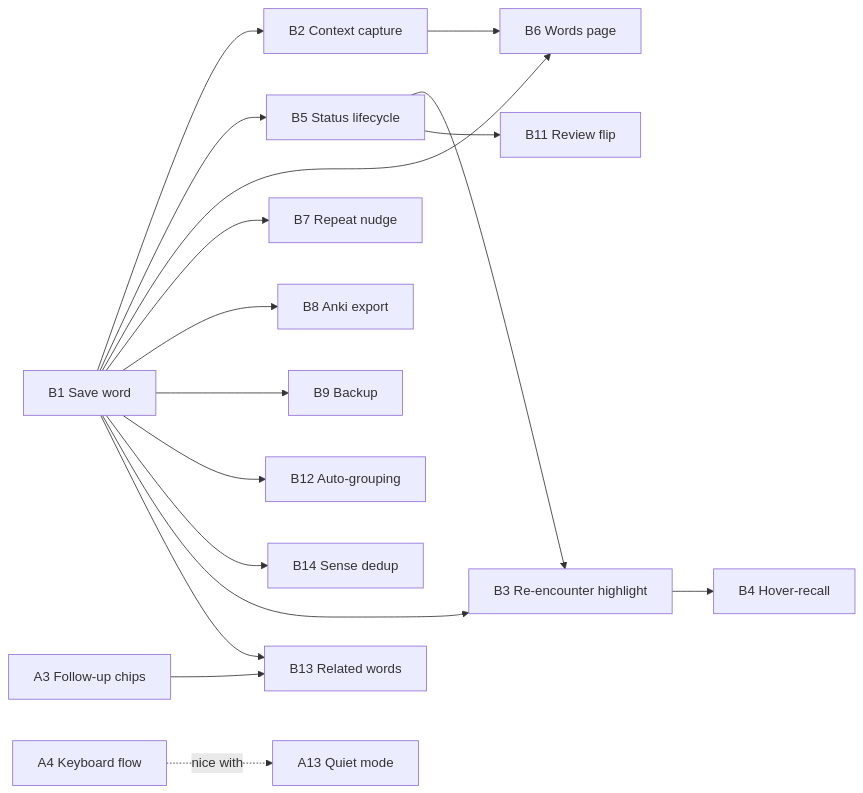
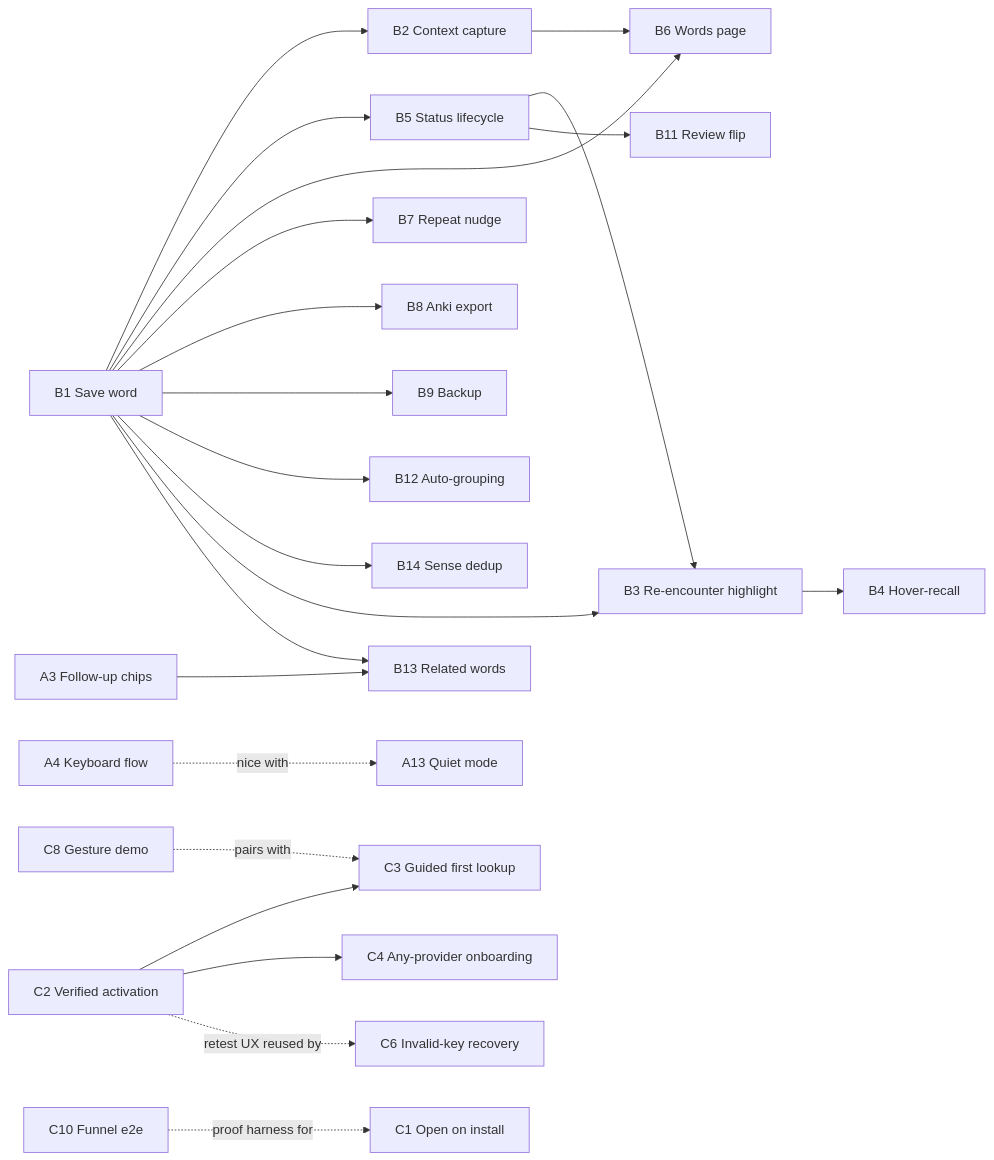
One commit to hieplam/ai-dict changed the diagram in docs/ROADMAP.md. Above: the diagram before and after it, drawn with Mermaid. The commit also changed other lines of this file, not shown here.

Commit message:
[onboarding-category-c] docs: Add Category C onboarding & activation ideas (C1-C10)

````diff
--- a/docs/ROADMAP.md
+++ b/docs/ROADMAP.md
@@ -581,19 +767,24 @@
 ```mermaid
 graph LR
     B1[B1 Save word] --> B2[B2 Context capture]
     B1 --> B5[B5 Status lifecycle]
     B1 --> B6[B6 Words page]
     B1 --> B7[B7 Repeat nudge]
     B1 --> B8[B8 Anki export]
     B1 --> B9[B9 Backup]
     B1 --> B12[B12 Auto-grouping]
     B1 --> B14[B14 Sense dedup]
     B2 --> B6
     B5 --> B3[B3 Re-encounter highlight]
     B1 --> B3
     B3 --> B4[B4 Hover-recall]
     B5 --> B11[B11 Review flip]
     A3[A3 Follow-up chips] --> B13[B13 Related words]
     B1 --> B13
     A4[A4 Keyboard flow] -.nice with.-> A13[A13 Quiet mode]
+    C2[C2 Verified activation] --> C3[C3 Guided first lookup]
+    C2 --> C4[C4 Any-provider onboarding]
+    C10[C10 Funnel e2e] -.proof harness for.-> C1[C1 Open on install]
+    C8[C8 Gesture demo] -.pairs with.-> C3
+    C2 -.retest UX reused by.-> C6[C6 Invalid-key recovery]
 ```
````
